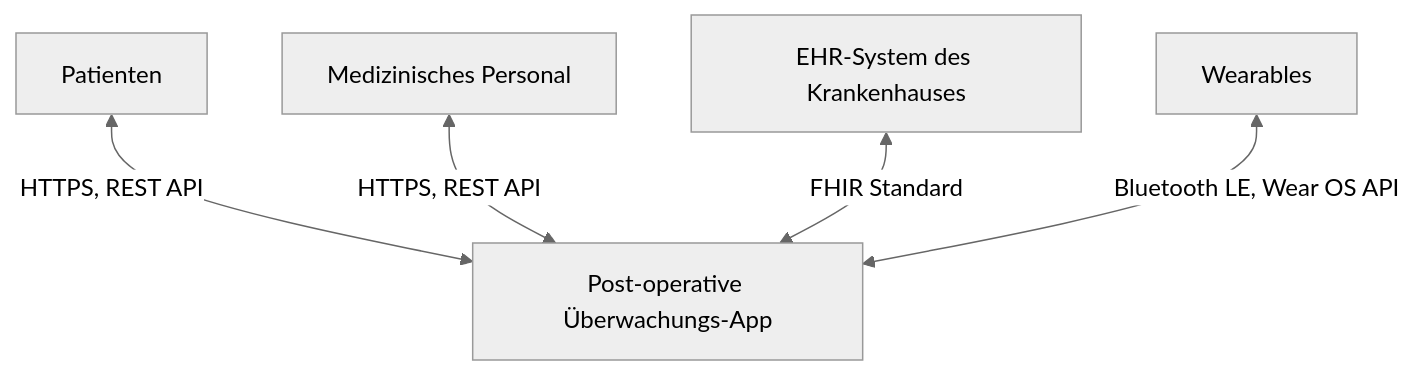
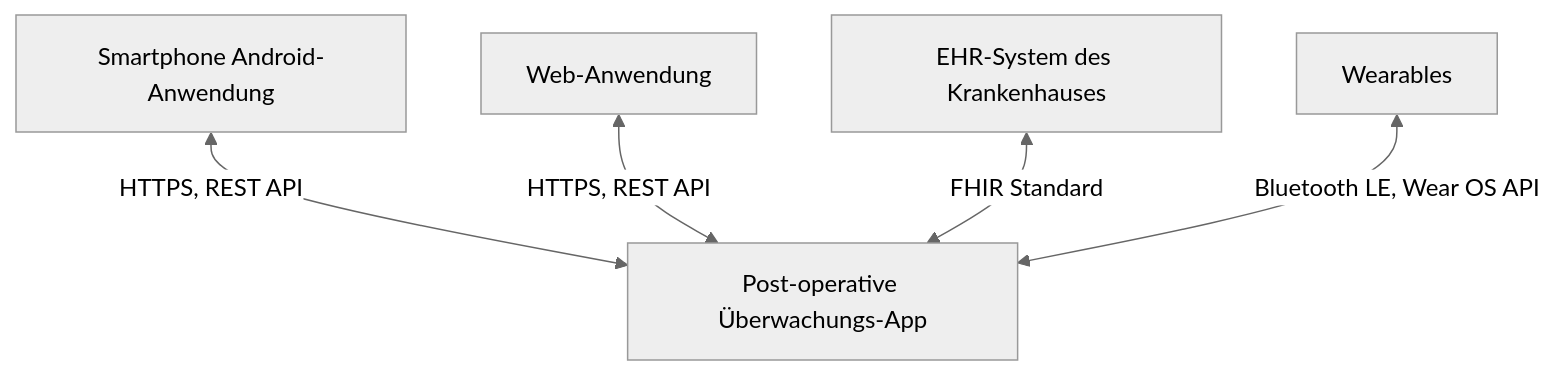
The second of 2 diagrams in arc42/arc42-template-DE.md (DustinScharf/SWTPbtu2024), drawn with Mermaid (neutral theme) before and after one commit. The commit also changed other lines of this file, not shown here.

````diff
--- a/arc42/arc42-template-DE.md
+++ b/arc42/arc42-template-DE.md
@@ -114,13 +112,13 @@
 ```mermaid
 flowchart TD
     A[Post-operative Überwachungs-App]
-    B[Patienten]
-    C[Medizinisches Personal]
+    B[Smartphone Android-Anwendung]
+    C[Web-Anwendung]
     D[EHR-System des Krankenhauses]
     E[Wearables]
 
     B <-->|HTTPS, REST API| A
     C <-->|HTTPS, REST API| A
     D <-->|FHIR Standard| A
     E <-->|Bluetooth LE, Wear OS API| A
 ```
````
